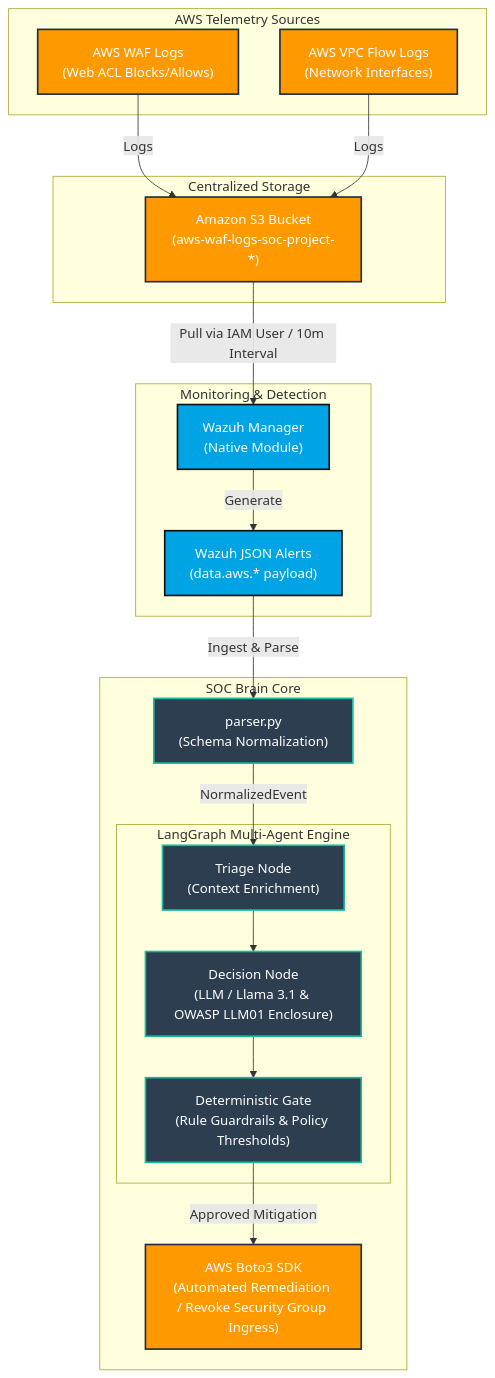
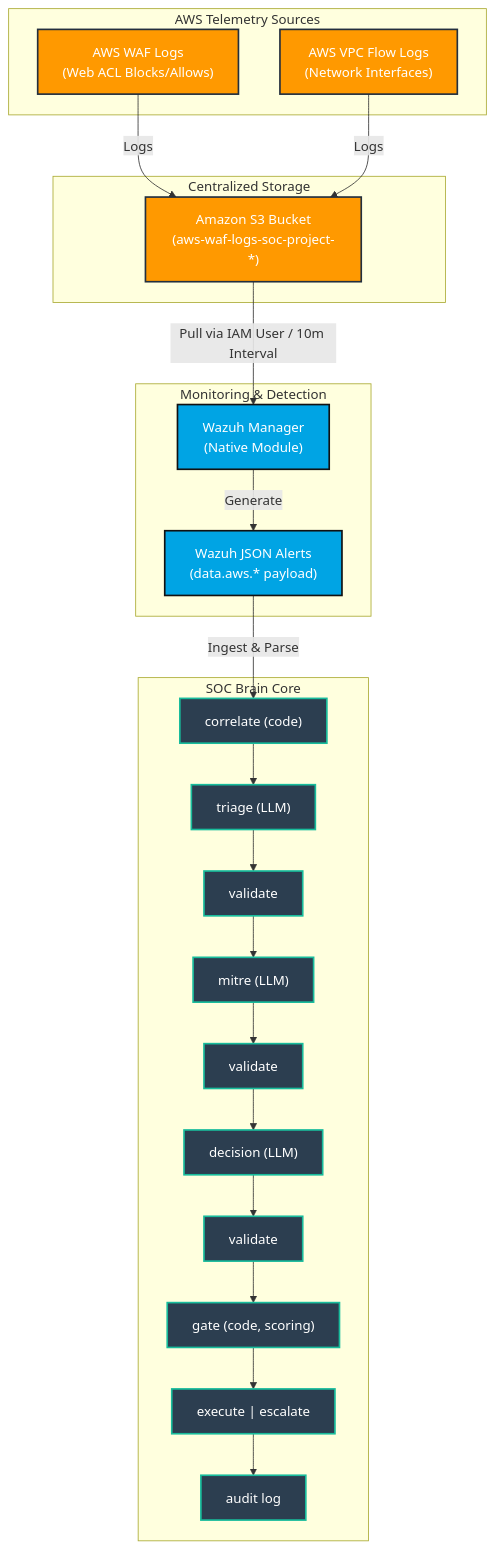
Before and after one commit to troshanisuru/soc-automation: the diagram in architecture.md, drawn with Mermaid. The commit also changed other lines of this file and 10 other files, not shown here.

````diff
--- a/architecture.md
+++ b/architecture.md
@@ -10,46 +10,53 @@
 ```mermaid
 graph TD
     subgraph AWS Telemetry Sources
         WAF["AWS WAF Logs<br/>(Web ACL Blocks/Allows)"]
         VPC["AWS VPC Flow Logs<br/>(Network Interfaces)"]
     end
 
     subgraph Centralized Storage
         S3["Amazon S3 Bucket<br/>(aws-waf-logs-soc-project-*)"]
     end
 
     subgraph Monitoring & Detection
         Wazuh["Wazuh Manager<br/>(Native <awss3> Module)"]
         Alerts["Wazuh JSON Alerts<br/>(data.aws.* payload)"]
     end
 
     subgraph SOC Brain Core
-        Parser["parser.py<br/>(Schema Normalization)"]
+        Correlate["correlate (code)"]
+        Triage["triage (LLM)"]
+        Val1["validate"]
+        Mitre["mitre (LLM)"]
+        Val2["validate"]
+        Decision["decision (LLM)"]
+        Val3["validate"]
+        Gate["gate (code, scoring)"]
+        ExecEsc["execute | escalate"]
+        Audit["audit log"]
         
-        subgraph LangGraph Multi-Agent Engine
-            Triage["Triage Node<br/>(Context Enrichment)"]
-            Decision["Decision Node<br/>(LLM / Llama 3.1 & OWASP LLM01 Enclosure)"]
-            Gate["Deterministic Gate<br/>(Rule Guardrails & Policy Thresholds)"]
-        end
-
-        Boto3["AWS Boto3 SDK<br/>(Automated Remediation / Revoke Security Group Ingress)"]
+        Correlate --> Triage
+        Triage --> Val1
+        Val1 --> Mitre
+        Mitre --> Val2
+        Val2 --> Decision
+        Decision --> Val3
+        Val3 --> Gate
+        Gate --> ExecEsc
+        ExecEsc --> Audit
     end
 
     WAF -->|Logs| S3
     VPC -->|Logs| S3
     S3 -->|Pull via IAM User / 10m Interval| Wazuh
     Wazuh -->|Generate| Alerts
-    Alerts -->|Ingest & Parse| Parser
-    Parser -->|NormalizedEvent| Triage
-    Triage --> Decision
-    Decision --> Gate
-    Gate -->|Approved Mitigation| Boto3
+    Alerts -->|Ingest & Parse| Correlate
 
     classDef aws fill:#FF9900,stroke:#232F3E,stroke-width:2px,color:#FFFFFF;
     classDef wazuh fill:#00A4E4,stroke:#111111,stroke-width:2px,color:#FFFFFF;
     classDef brain fill:#2C3E50,stroke:#18BC9C,stroke-width:2px,color:#FFFFFF;
 
-    class WAF,VPC,S3,Boto3 aws;
+    class WAF,VPC,S3 aws;
     class Wazuh,Alerts wazuh;
-    class Parser,Triage,Decision,Gate brain;
+    class Correlate,Triage,Val1,Mitre,Val2,Decision,Val3,Gate,ExecEsc,Audit brain;
 ```
````
